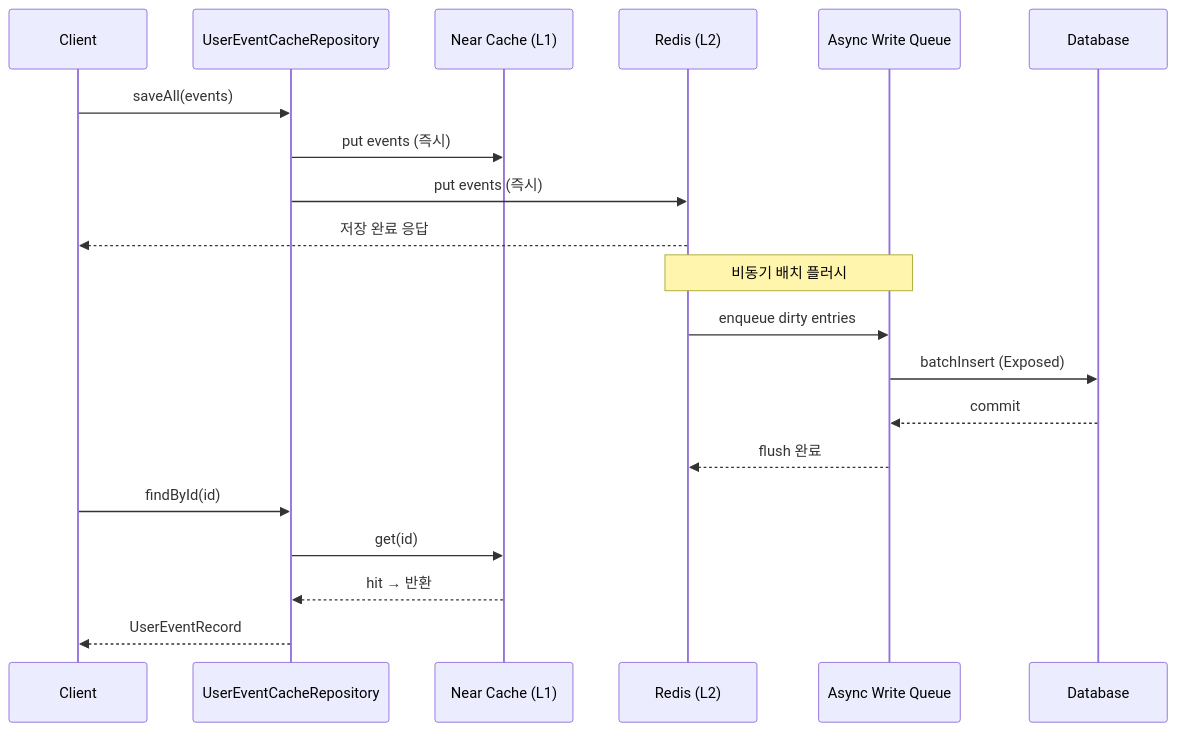
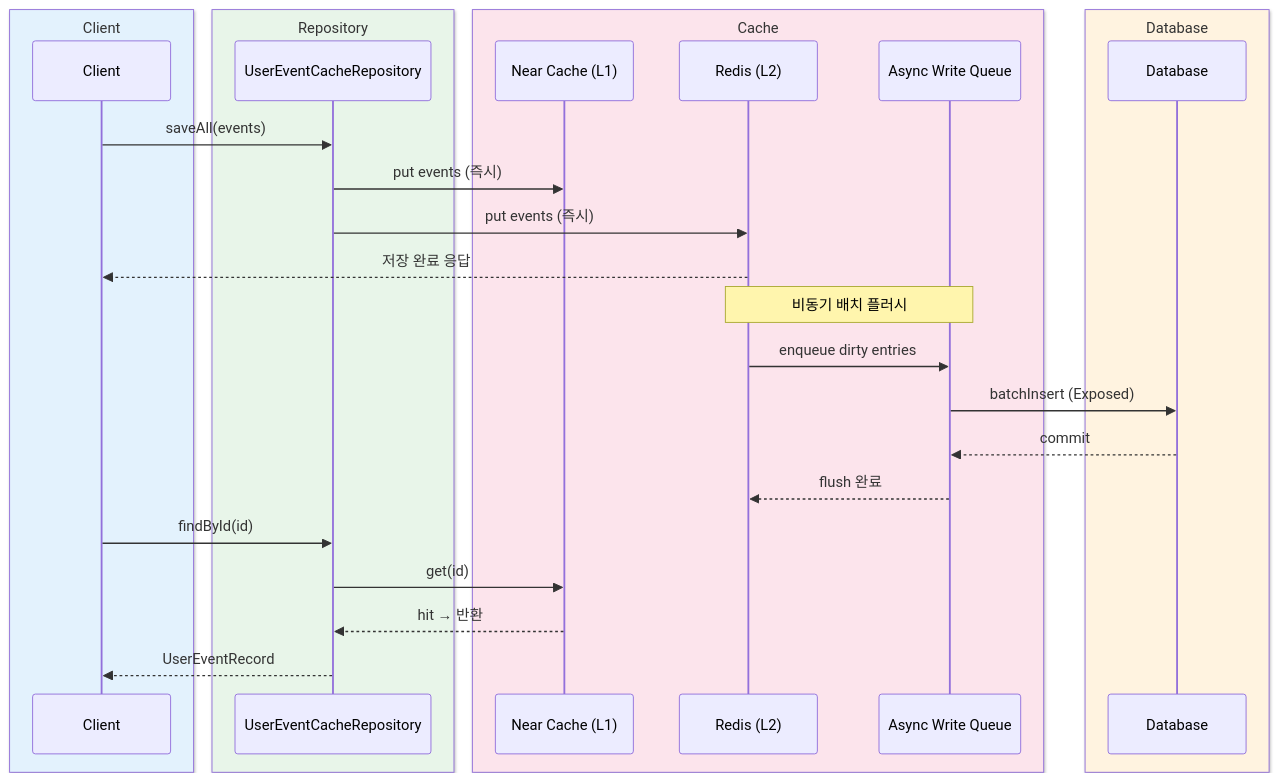
The fourth of 5 diagrams in 11-high-performance/01-cache-strategies/README.ko.md (bluetape4k/exposed-workshop), drawn with Mermaid before and after one commit. The commit also changed other lines of this file and 43 other files, not shown here.

First line of the commit message:
docs: sequence diagram에 box rgb() 파스텔 영역 적용

````diff
--- a/11-high-performance/01-cache-strategies/README.ko.md
+++ b/11-high-performance/01-cache-strategies/README.ko.md
@@ -183,23 +183,31 @@
 ```mermaid
-%%{init: {"theme": "neutral", "themeVariables": {"fontFamily": "'Comic Mono', 'goorm sans code', 'JetBrains Mono', 'goorm sans'", "actorBkg": "#E3F2FD", "actorBorder": "#90CAF9", "actorTextColor": "#1565C0", "actorLineColor": "#90CAF9", "activationBkgColor": "#E8F5E9", "activationBorderColor": "#A5D6A7", "labelBoxBkgColor": "#FFF3E0", "labelBoxBorderColor": "#FFCC80", "labelTextColor": "#E65100", "loopTextColor": "#6A1B9A", "noteBkgColor": "#F3E5F5", "noteBorderColor": "#CE93D8", "noteTextColor": "#6A1B9A", "signalColor": "#1565C0", "signalTextColor": "#1565C0"}}}%%
+%%{init: {"theme": "neutral", "themeVariables": {"fontFamily": "'Comic Mono', 'goorm sans code', 'JetBrains Mono', 'goorm sans'"}}}%%
 sequenceDiagram
-    participant C as Client
-    participant R as UserEventCacheRepository
-    participant NC as Near Cache (L1)
-    participant RD as Redis (L2)
-    participant Q as Async Write Queue
-    participant DB as Database
+    box rgb(227, 242, 253) Client
+        participant C as Client
+    end
+    box rgb(232, 245, 233) Repository
+        participant R as UserEventCacheRepository
+    end
+    box rgb(252, 228, 236) Cache
+        participant NC as Near Cache (L1)
+        participant RD as Redis (L2)
+        participant Q as Async Write Queue
+    end
+    box rgb(255, 243, 224) Database
+        participant DB as Database
+    end
     C ->> R: saveAll(events)
     R ->> NC: put events (즉시)
     R ->> RD: put events (즉시)
     RD -->> C: 저장 완료 응답
     Note over RD, Q: 비동기 배치 플러시
     RD ->> Q: enqueue dirty entries
     Q ->> DB: batchInsert (Exposed)
     DB -->> Q: commit
     Q -->> RD: flush 완료
     C ->> R: findById(id)
     R ->> NC: get(id)
     NC -->> R: hit → 반환
     R -->> C: UserEventRecord
 ```
````
